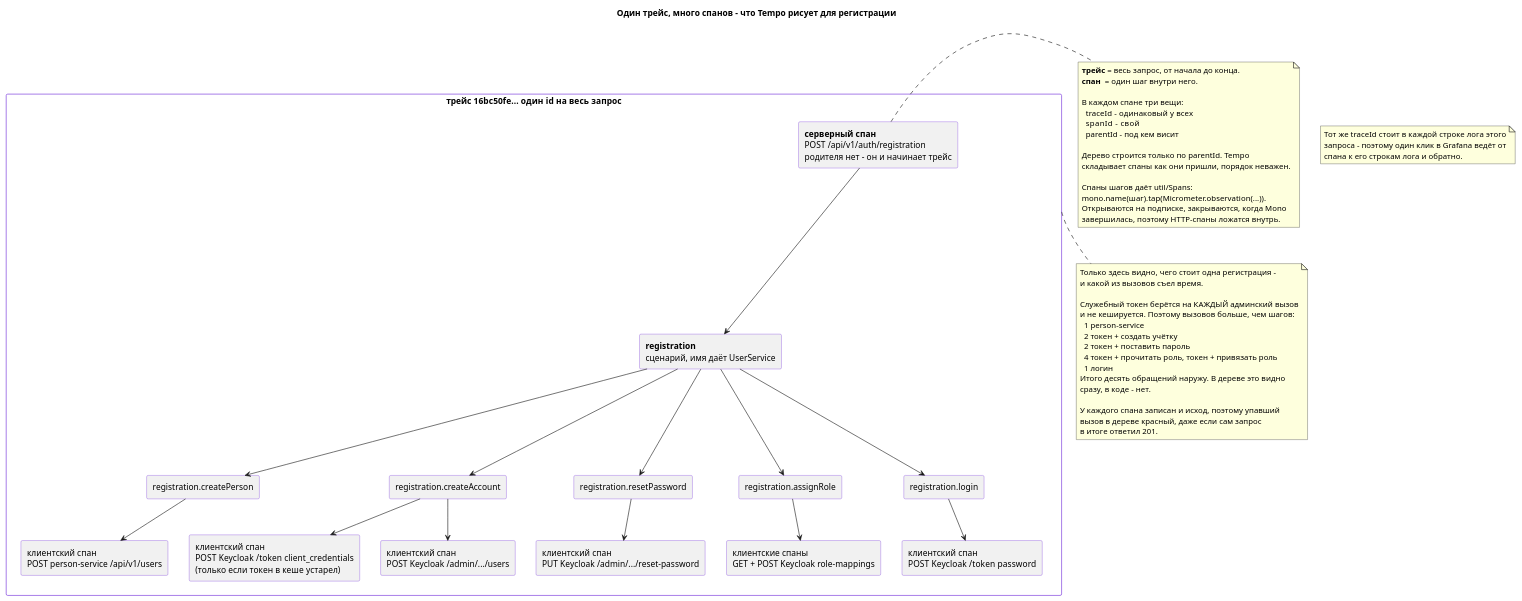
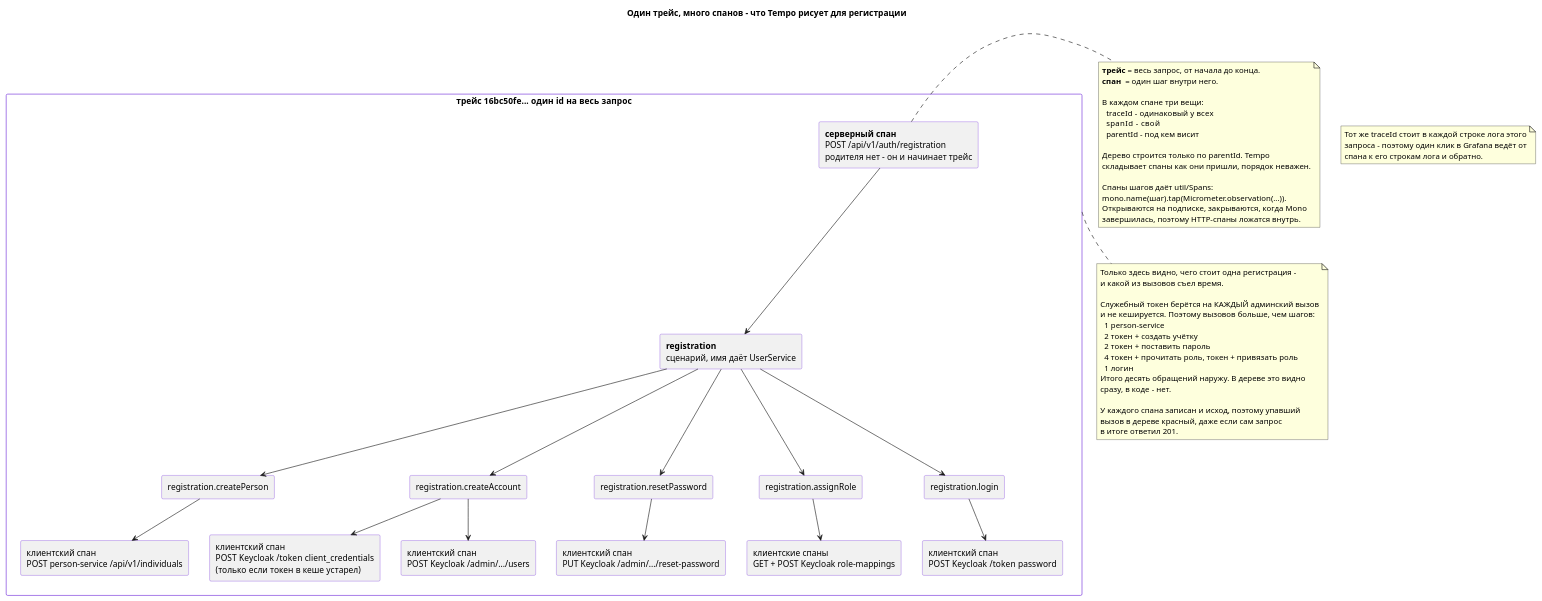
The second of 2 diagrams in docs/puml-ru/observability.puml (dezxxx/payment-platform), drawn with PlantUML before and after one commit. The commit also changed 20 other files, not shown here.

```diff
--- a/docs/puml-ru/observability.puml
+++ b/docs/puml-ru/observability.puml
@@ -97,82 +97,82 @@
 @startuml trace-tree
 title Один трейс, много спанов - что Tempo рисует для регистрации
 
 skinparam shadowing false
 skinparam rectangleBorderColor #6d28d9
 
 rectangle "**трейс** 16bc50fe...  один id на весь запрос" as T {
   rectangle "**серверный спан**\nPOST /api/v1/auth/registration\nродителя нет - он и начинает трейс" as S0
 
   rectangle "**registration**\nсценарий, имя даёт UserService" as R
 
   rectangle "registration.createPerson" as R1
   rectangle "registration.createAccount" as R2
   rectangle "registration.resetPassword" as R3
   rectangle "registration.assignRole" as R4
   rectangle "registration.login" as R5
 
-  rectangle "клиентский спан\nPOST person-service /api/v1/users" as H1
+  rectangle "клиентский спан\nPOST person-service /api/v1/individuals" as H1
   rectangle "клиентский спан\nPOST Keycloak /token  client_credentials\n(только если токен в кеше устарел)" as H2
   rectangle "клиентский спан\nPOST Keycloak /admin/.../users" as H3
   rectangle "клиентский спан\nPUT Keycloak /admin/.../reset-password" as H4
   rectangle "клиентские спаны\nGET + POST Keycloak role-mappings" as H5
   rectangle "клиентский спан\nPOST Keycloak /token  password" as H6
 }
 
 S0 --> R
 R --> R1
 R --> R2
 R --> R3
 R --> R4
 R --> R5
 R1 --> H1
 R2 --> H2
 R2 --> H3
 R3 --> H4
 R4 --> H5
 R5 --> H6
 
 note right of S0
   **трейс** = весь запрос, от начала до конца.
   **спан**  = один шаг внутри него.
 
   В каждом спане три вещи:
     traceId  - одинаковый у всех
     spanId   - свой
     parentId - под кем висит
 
   Дерево строится только по parentId. Tempo
   складывает спаны как они пришли, порядок неважен.
 
   Спаны шагов даёт util/Spans:
   mono.name(шаг).tap(Micrometer.observation(...)).
   Открываются на подписке, закрываются, когда Mono
   завершилась, поэтому HTTP-спаны ложатся внутрь.
 end note
 
 note bottom of T
   Только здесь видно, чего стоит одна регистрация -
   и какой из вызовов съел время.
 
   Служебный токен берётся на КАЖДЫЙ админский вызов
   и не кешируется. Поэтому вызовов больше, чем шагов:
     1 person-service
     2 токен + создать учётку
     2 токен + поставить пароль
     4 токен + прочитать роль, токен + привязать роль
     1 логин
   Итого десять обращений наружу. В дереве это видно
   сразу, в коде - нет.
 
   У каждого спана записан и исход, поэтому упавший
   вызов в дереве красный, даже если сам запрос
   в итоге ответил 201.
 end note
 
 note as N1
   Тот же traceId стоит в каждой строке лога этого
   запроса - поэтому один клик в Grafana ведёт от
   спана к его строкам лога и обратно.
 end note
 
 @enduml
```
